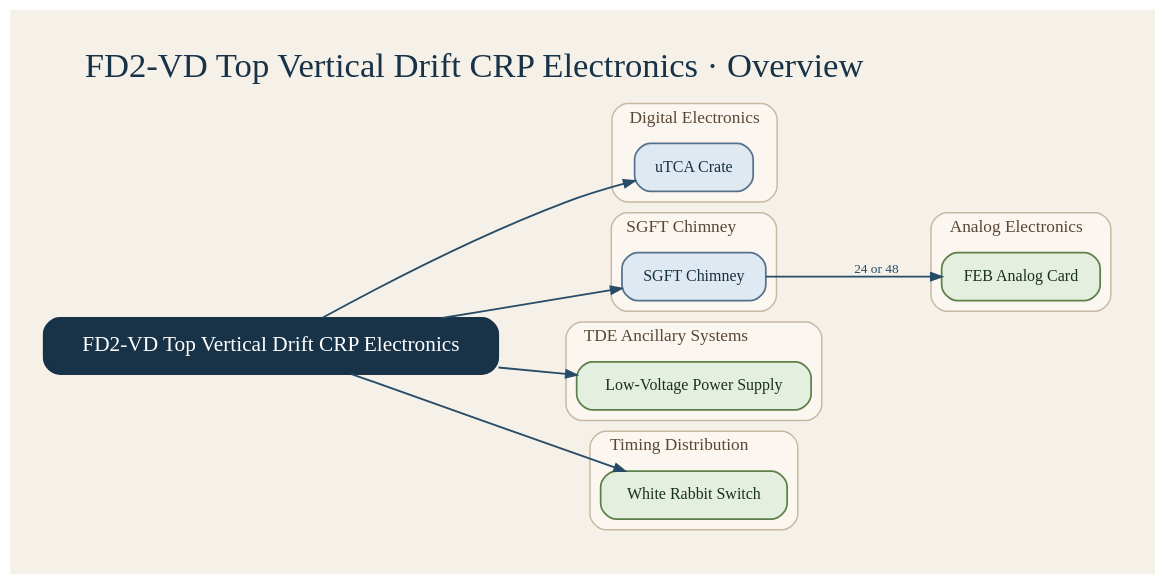
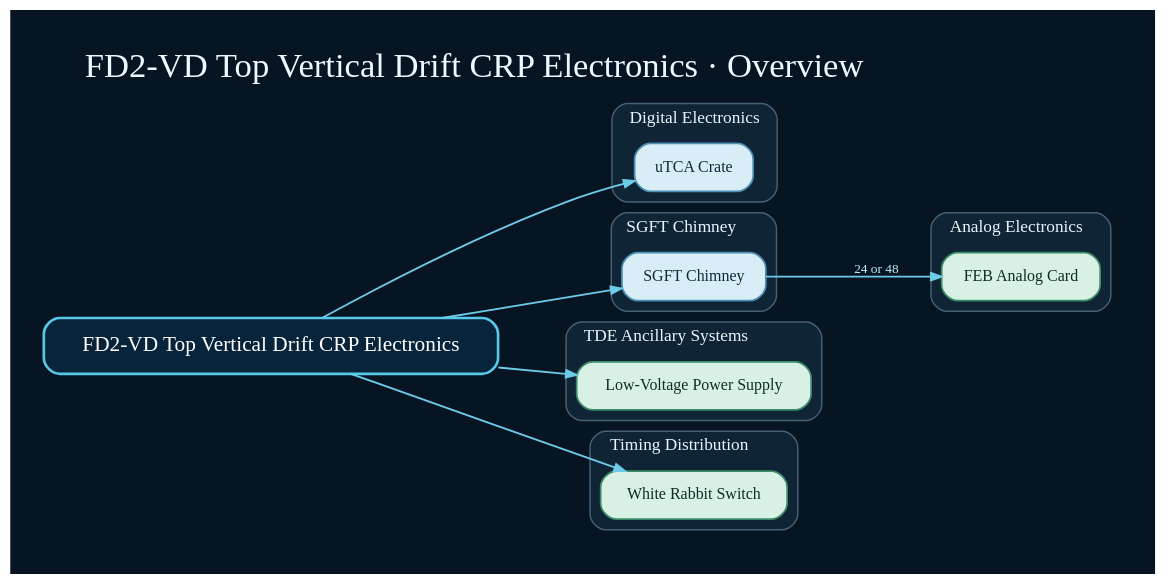
The diagram in docs/dot/fd2_vd_tde_overview.dot (marroyav/hardware-database), drawn with Graphviz before and after one commit. The commit also changed 93 other files, not shown here.

```diff
--- a/docs/dot/fd2_vd_tde_overview.dot
+++ b/docs/dot/fd2_vd_tde_overview.dot
@@ -1,104 +1,104 @@
 digraph HardwareModel {
   graph [
     rankdir=LR,
     splines=true,
     overlap=false,
     newrank=true,
     compound=true,
-    bgcolor="#f6f1e8",
+    bgcolor="#071421",
     pad="0.35",
     nodesep="0.45",
     ranksep="0.8",
     label="FD2-VD Top Vertical Drift CRP Electronics · Overview",
     labelloc="t",
     labeljust="l",
-    fontname="Iowan Old Style",
+    fontname="Avenir Next",
     fontsize=26,
-    fontcolor="#183247"
+    fontcolor="#edf8ff"
   ];
   node [fontname="Avenir Next", fontsize=12, margin="0.18,0.12", penwidth=1.3];
-  edge [fontname="Avenir Next", fontsize=10, arrowsize=0.8, penwidth=1.2, color="#33536a", fontcolor="#33536a"];
+  edge [fontname="Avenir Next", fontsize=10, arrowsize=0.8, penwidth=1.2, color="#6ecbe8", fontcolor="#bdefff"];
 
-  fd2_vd_tde [label="FD2-VD Top Vertical Drift CRP Electronics", fontname="Avenir Next", URL="../explorer.html#object=fd2_vd_tde", target="_top", tooltip="Open FD2-VD Top Vertical Drift CRP Electronics in the interactive explorer", shape="box", style="rounded,filled", fillcolor="#183247", color="#183247", fontcolor="#ffffff", fontsize="16", margin="0.24,0.16", penwidth="1.5"];
+  fd2_vd_tde [label="FD2-VD Top Vertical Drift CRP Electronics", fontname="Avenir Next", URL="../explorer.html#object=fd2_vd_tde", target="_top", tooltip="Open FD2-VD Top Vertical Drift CRP Electronics in the interactive explorer", shape="box", style="rounded,filled", fillcolor="#08243a", color="#58c7e8", fontcolor="#ffffff", fontsize="16", margin="0.24,0.16", penwidth="2.0"];
 
   subgraph cluster_fd2_vd_tde_analog_electronics {
     label="Analog Electronics";
     style="rounded,filled";
-    color="#c7b8a1";
-    fillcolor="#fbf7f0";
+    color="#456174";
+    fillcolor="#0f2434";
     penwidth=1.1;
     fontname="Avenir Next";
     fontsize=13;
-    fontcolor="#5a4634";
+    fontcolor="#e8f7ff";
     URL="../explorer.html#object=fd2_vd_tde.analog_electronics";
     target="_top";
     tooltip="Open Analog Electronics in the interactive explorer";
-    fd2_vd_tde_feb_analog_card [label="FEB Analog Card", fontname="Avenir Next", URL="../explorer.html#object=fd2_vd_tde.feb_analog_card", target="_top", tooltip="Open FEB Analog Card in the interactive explorer", shape="box", style="rounded,filled", fillcolor="#e4efe0", color="#5d7f48", fontcolor="#18311a"];
+    fd2_vd_tde_feb_analog_card [label="FEB Analog Card", fontname="Avenir Next", URL="../explorer.html#object=fd2_vd_tde.feb_analog_card", target="_top", tooltip="Open FEB Analog Card in the interactive explorer", shape="box", style="rounded,filled", fillcolor="#d9f0e5", color="#3a8a68", fontcolor="#0b2f25"];
   }
 
   subgraph cluster_fd2_vd_tde_digital_electronics {
     label="Digital Electronics";
     style="rounded,filled";
-    color="#c7b8a1";
-    fillcolor="#fbf7f0";
+    color="#456174";
+    fillcolor="#0f2434";
     penwidth=1.1;
     fontname="Avenir Next";
     fontsize=13;
-    fontcolor="#5a4634";
+    fontcolor="#e8f7ff";
     URL="../explorer.html#object=fd2_vd_tde.digital_electronics";
     target="_top";
     tooltip="Open Digital Electronics in the interactive explorer";
-    fd2_vd_tde_utca_crate [label="uTCA Crate", fontname="Avenir Next", URL="../explorer.html#object=fd2_vd_tde.utca_crate", target="_top", tooltip="Open uTCA Crate in the interactive explorer", shape="box", style="rounded,filled", fillcolor="#dfe9f2", color="#53718a", fontcolor="#173140"];
+    fd2_vd_tde_utca_crate [label="uTCA Crate", fontname="Avenir Next", URL="../explorer.html#object=fd2_vd_tde.utca_crate", target="_top", tooltip="Open uTCA Crate in the interactive explorer", shape="box", style="rounded,filled", fillcolor="#d9edf7", color="#4c8fb0", fontcolor="#0d2b3d"];
   }
 
   subgraph cluster_fd2_vd_tde_sgft_chimney {
     label="SGFT Chimney";
     style="rounded,filled";
-    color="#c7b8a1";
-    fillcolor="#fbf7f0";
+    color="#456174";
+    fillcolor="#0f2434";
     penwidth=1.1;
     fontname="Avenir Next";
     fontsize=13;
-    fontcolor="#5a4634";
+    fontcolor="#e8f7ff";
     URL="../explorer.html#object=fd2_vd_tde.sgft_chimney";
     target="_top";
     tooltip="Open SGFT Chimney in the interactive explorer";
-    fd2_vd_tde_sgft_chimney_assembly [label="SGFT Chimney", fontname="Avenir Next", URL="../explorer.html#object=fd2_vd_tde.sgft_chimney_assembly", target="_top", tooltip="Open SGFT Chimney in the interactive explorer", shape="box", style="rounded,filled", fillcolor="#dfe9f2", color="#53718a", fontcolor="#173140"];
+    fd2_vd_tde_sgft_chimney_assembly [label="SGFT Chimney", fontname="Avenir Next", URL="../explorer.html#object=fd2_vd_tde.sgft_chimney_assembly", target="_top", tooltip="Open SGFT Chimney in the interactive explorer", shape="box", style="rounded,filled", fillcolor="#d9edf7", color="#4c8fb0", fontcolor="#0d2b3d"];
   }
 
   subgraph cluster_fd2_vd_tde_ancillary_systems {
     label="TDE Ancillary Systems";
     style="rounded,filled";
-    color="#c7b8a1";
-    fillcolor="#fbf7f0";
+    color="#456174";
+    fillcolor="#0f2434";
     penwidth=1.1;
     fontname="Avenir Next";
     fontsize=13;
-    fontcolor="#5a4634";
+    fontcolor="#e8f7ff";
     URL="../explorer.html#object=fd2_vd_tde.ancillary_systems";
     target="_top";
     tooltip="Open TDE Ancillary Systems in the interactive explorer";
-    fd2_vd_tde_lv_ps [label="Low-Voltage Power Supply", fontname="Avenir Next", URL="../explorer.html#object=fd2_vd_tde.lv_ps", target="_top", tooltip="Open Low-Voltage Power Supply in the interactive explorer", shape="box", style="rounded,filled", fillcolor="#e4efe0", color="#5d7f48", fontcolor="#18311a"];
+    fd2_vd_tde_lv_ps [label="Low-Voltage Power Supply", fontname="Avenir Next", URL="../explorer.html#object=fd2_vd_tde.lv_ps", target="_top", tooltip="Open Low-Voltage Power Supply in the interactive explorer", shape="box", style="rounded,filled", fillcolor="#d9f0e5", color="#3a8a68", fontcolor="#0b2f25"];
   }
 
   subgraph cluster_fd2_vd_tde_timing_distribution {
     label="Timing Distribution";
     style="rounded,filled";
-    color="#c7b8a1";
-    fillcolor="#fbf7f0";
+    color="#456174";
+    fillcolor="#0f2434";
     penwidth=1.1;
     fontname="Avenir Next";
     fontsize=13;
-    fontcolor="#5a4634";
+    fontcolor="#e8f7ff";
     URL="../explorer.html#object=fd2_vd_tde.timing_distribution";
     target="_top";
     tooltip="Open Timing Distribution in the interactive explorer";
-    fd2_vd_tde_wr_switch [label="White Rabbit Switch", fontname="Avenir Next", URL="../explorer.html#object=fd2_vd_tde.wr_switch", target="_top", tooltip="Open White Rabbit Switch in the interactive explorer", shape="box", style="rounded,filled", fillcolor="#e4efe0", color="#5d7f48", fontcolor="#18311a"];
+    fd2_vd_tde_wr_switch [label="White Rabbit Switch", fontname="Avenir Next", URL="../explorer.html#object=fd2_vd_tde.wr_switch", target="_top", tooltip="Open White Rabbit Switch in the interactive explorer", shape="box", style="rounded,filled", fillcolor="#d9f0e5", color="#3a8a68", fontcolor="#0b2f25"];
   }
 
-  fd2_vd_tde -> fd2_vd_tde_sgft_chimney_assembly [URL="../explorer.html#object=relation%3A47", target="_top", tooltip="Open contains relation in the interactive explorer", color="#274c67", fontcolor="#274c67", penwidth="1.4"];
-  fd2_vd_tde -> fd2_vd_tde_utca_crate [URL="../explorer.html#object=relation%3A48", target="_top", tooltip="Open contains relation in the interactive explorer", color="#274c67", fontcolor="#274c67", penwidth="1.4"];
-  fd2_vd_tde -> fd2_vd_tde_wr_switch [URL="../explorer.html#object=relation%3A49", target="_top", tooltip="Open contains relation in the interactive explorer", color="#274c67", fontcolor="#274c67", penwidth="1.4"];
-  fd2_vd_tde -> fd2_vd_tde_lv_ps [URL="../explorer.html#object=relation%3A50", target="_top", tooltip="Open contains relation in the interactive explorer", color="#274c67", fontcolor="#274c67", penwidth="1.4"];
-  fd2_vd_tde_sgft_chimney_assembly -> fd2_vd_tde_feb_analog_card [URL="../explorer.html#object=relation%3A54", target="_top", tooltip="Open contains relation in the interactive explorer", color="#274c67", fontcolor="#274c67", penwidth="1.4", label="24 or 48"];
+  fd2_vd_tde -> fd2_vd_tde_sgft_chimney_assembly [URL="../explorer.html#object=relation%3A47", target="_top", tooltip="Open contains relation in the interactive explorer", color="#6ecbe8", fontcolor="#bdefff", penwidth="1.4"];
+  fd2_vd_tde -> fd2_vd_tde_utca_crate [URL="../explorer.html#object=relation%3A48", target="_top", tooltip="Open contains relation in the interactive explorer", color="#6ecbe8", fontcolor="#bdefff", penwidth="1.4"];
+  fd2_vd_tde -> fd2_vd_tde_wr_switch [URL="../explorer.html#object=relation%3A49", target="_top", tooltip="Open contains relation in the interactive explorer", color="#6ecbe8", fontcolor="#bdefff", penwidth="1.4"];
+  fd2_vd_tde -> fd2_vd_tde_lv_ps [URL="../explorer.html#object=relation%3A50", target="_top", tooltip="Open contains relation in the interactive explorer", color="#6ecbe8", fontcolor="#bdefff", penwidth="1.4"];
+  fd2_vd_tde_sgft_chimney_assembly -> fd2_vd_tde_feb_analog_card [URL="../explorer.html#object=relation%3A54", target="_top", tooltip="Open contains relation in the interactive explorer", color="#6ecbe8", fontcolor="#bdefff", penwidth="1.4", label="24 or 48"];
 }
```
